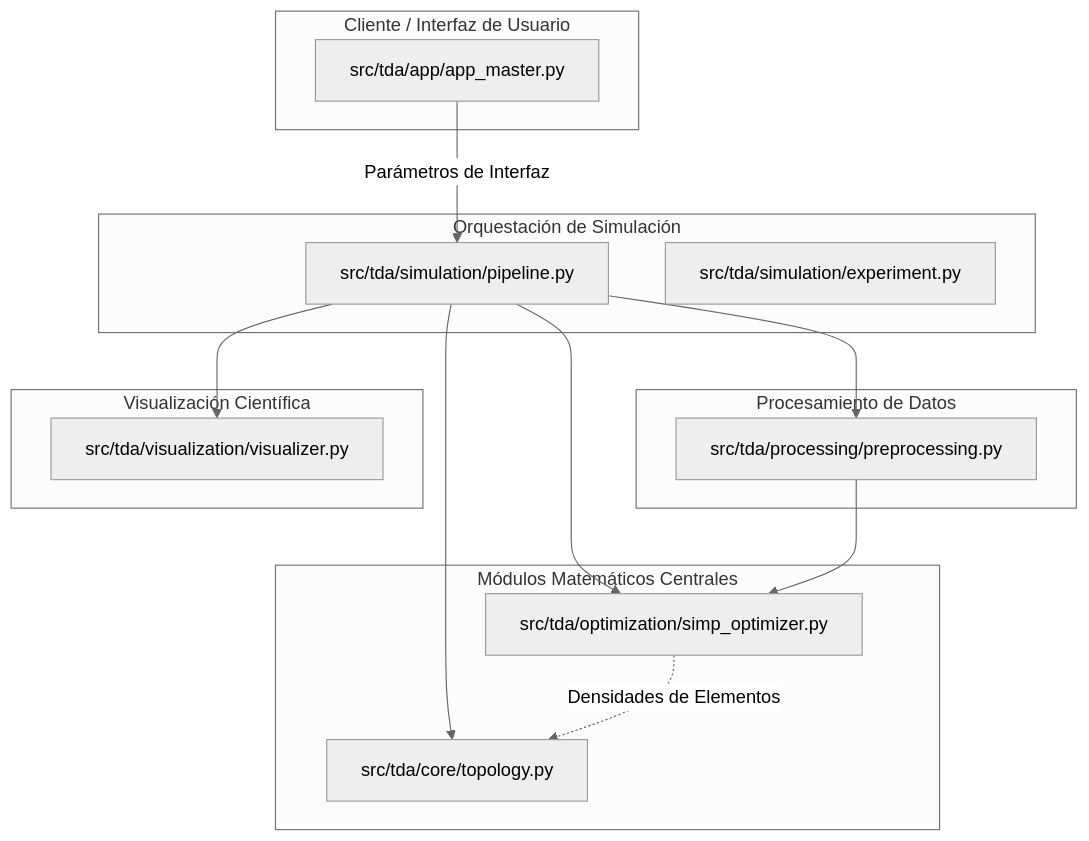
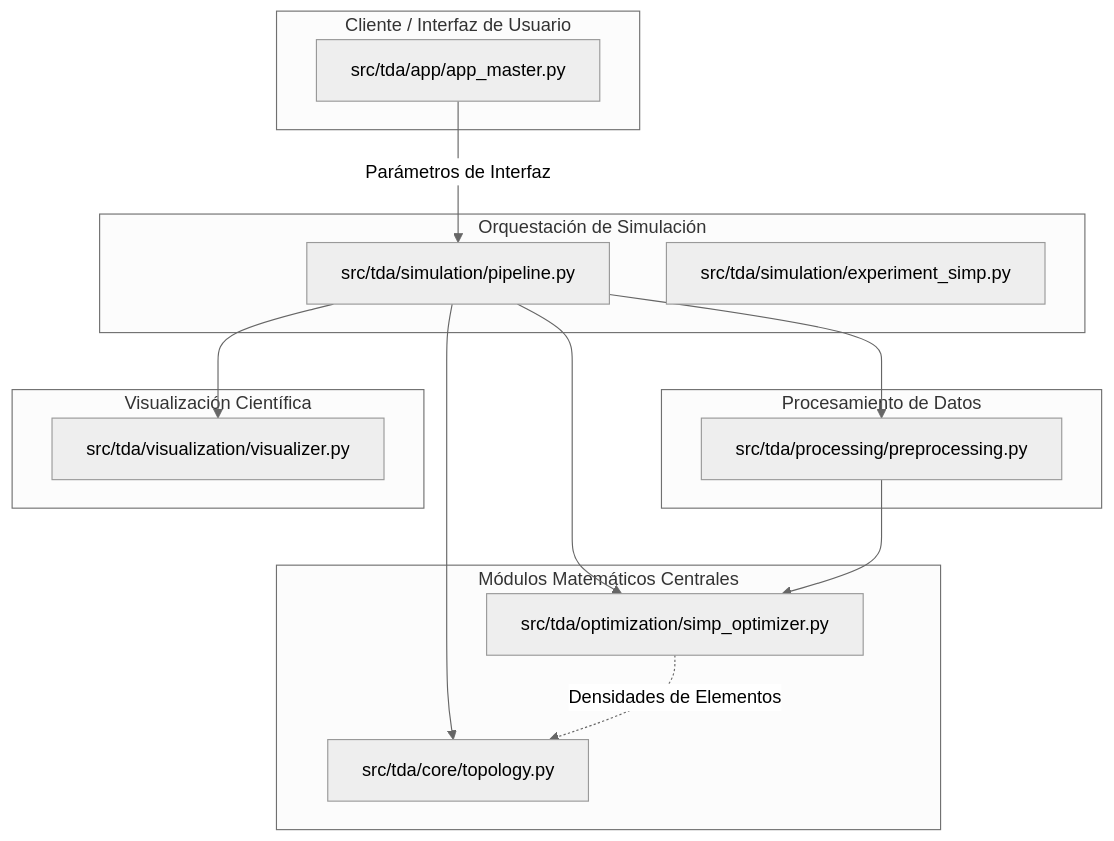
The diagram in README.md (Nina-99/optimizacion-topologica), drawn with Mermaid (neutral theme) before and after one commit. The commit also changed other lines of this file, not shown here.

````diff
--- a/README.md
+++ b/README.md
@@ -33,33 +33,33 @@
 ```mermaid
 graph TD
     subgraph Cliente / Interfaz de Usuario
         App[src/tda/app/app_master.py]
     end
     
     subgraph Orquestación de Simulación
         Pipeline[src/tda/simulation/pipeline.py]
-        Experiment[src/tda/simulation/experiment.py]
+        Experiment[src/tda/simulation/experiment_simp.py]
     end
     
     subgraph Procesamiento de Datos
         Prep[src/tda/processing/preprocessing.py]
     end
 
     subgraph Módulos Matemáticos Centrales
         Opt[src/tda/optimization/simp_optimizer.py]
         Topo[src/tda/core/topology.py]
     end
     
     subgraph Visualización Científica
         Vis[src/tda/visualization/visualizer.py]
     end
 
     App --> |Parámetros de Interfaz| Pipeline
     Pipeline --> Prep
     Pipeline --> Opt
     Pipeline --> Topo
     Pipeline --> Vis
     
     Opt -.-> |Densidades de Elementos| Topo
     Prep --> Opt
 ```
````
